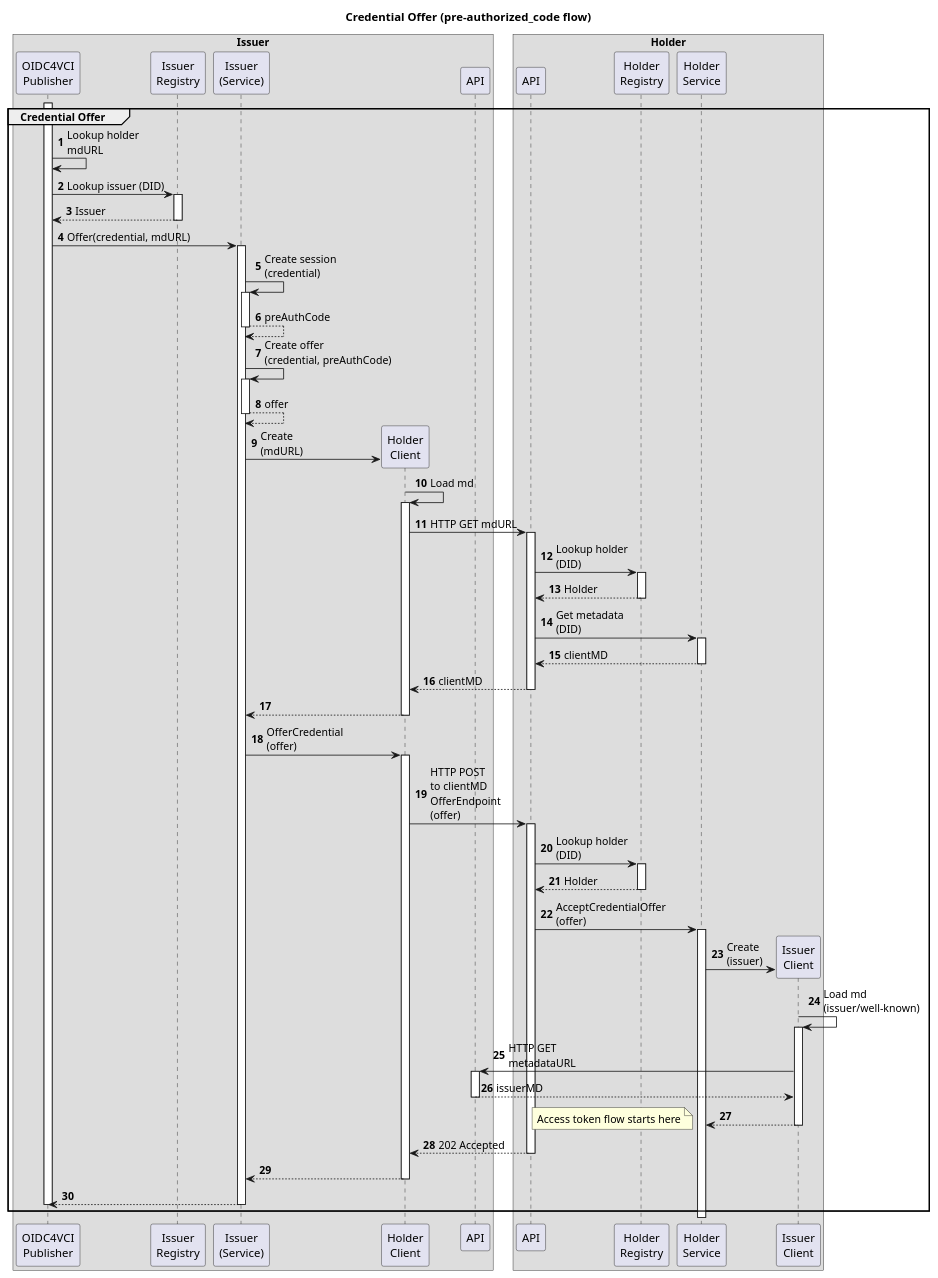
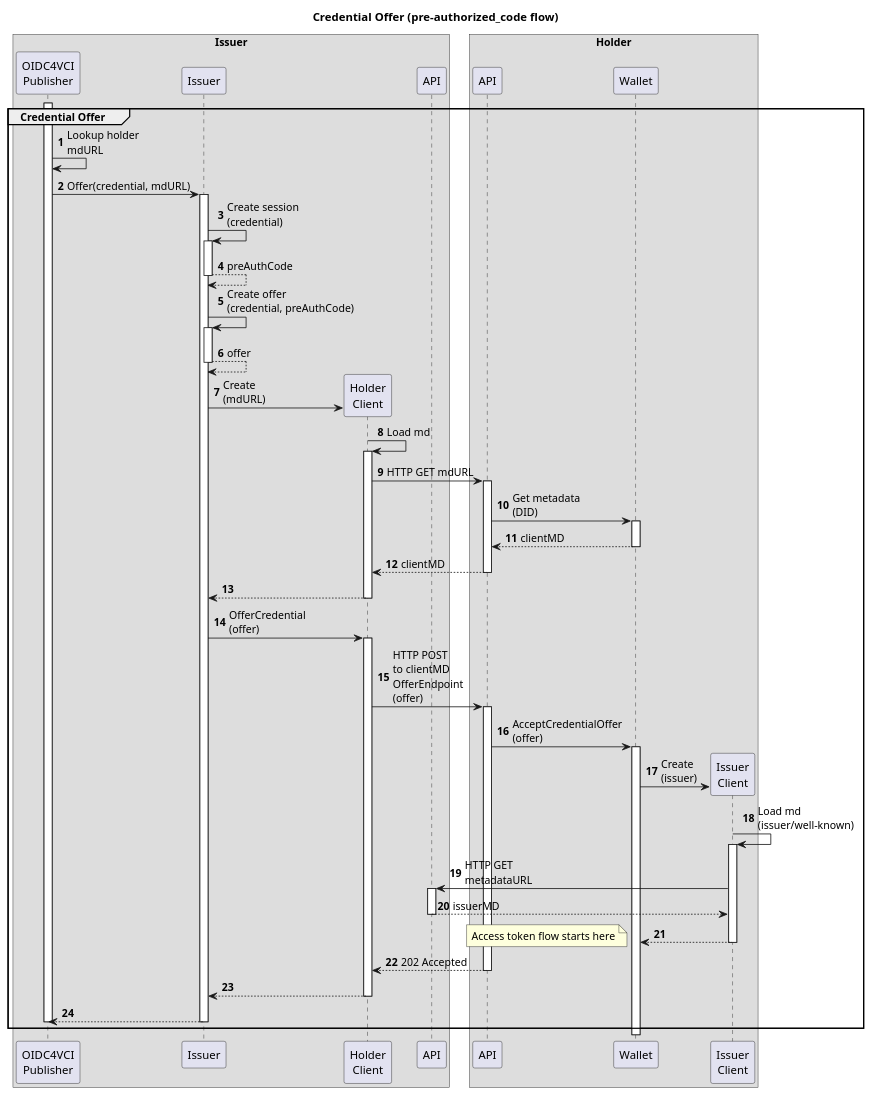
One commit to nuts-foundation/nuts-node changed the diagram in vcr/oidc4vci/docs/technical-design-sd.puml. Above: the diagram before and after it, drawn with PlantUML. The commit also changed 12 other files, not shown here.

Commit message:
remove Issuer and Holder Registries

```diff
--- a/vcr/oidc4vci/docs/technical-design-sd.puml
+++ b/vcr/oidc4vci/docs/technical-design-sd.puml
@@ -1,70 +1,62 @@
 @startuml
 'https://plantuml.com/sequence-diagram
 
 title Credential Offer (pre-authorized_code flow)
 
 autonumber
 
 box Issuer
     participant Publisher as "OIDC4VCI\nPublisher"
-    participant IssuerRegistry as "Issuer\nRegistry"
-    participant IssuerService as "Issuer\n(Service)"
+    participant Issuer
     participant HolderClient as "Holder\nClient"
     participant IssuerAPI as "API"
 end box
 
 box Holder
     participant HolderAPI as "API"
-    participant HolderRegistry as "Holder\nRegistry"
-    participant HolderService as "Holder\nService"
+    participant Wallet
     participant IssuerClient as "Issuer\nClient"
 end box
 
 group Credential Offer
     ' Issuer
     activate Publisher
     Publisher->Publisher : Lookup holder\nmdURL
-    Publisher->IssuerRegistry ++ : Lookup issuer (DID)
-    IssuerRegistry-->Publisher -- : Issuer
-    Publisher->IssuerService ++ : Offer(credential, mdURL)
-    IssuerService->IssuerService ++ : Create session\n(credential)
-    IssuerService-->IssuerService -- : preAuthCode
-    IssuerService->IssuerService ++ : Create offer\n(credential, preAuthCode)
-    IssuerService-->IssuerService -- : offer
-    IssuerService->HolderClient **: Create\n(mdURL)
+    Publisher->Issuer ++ : Offer(credential, mdURL)
+    Issuer->Issuer ++ : Create session\n(credential)
+    Issuer-->Issuer -- : preAuthCode
+    Issuer->Issuer ++ : Create offer\n(credential, preAuthCode)
+    Issuer-->Issuer -- : offer
+    Issuer->HolderClient **: Create\n(mdURL)
     HolderClient->HolderClient ++ : Load md
     HolderClient->HolderAPI ++: HTTP GET mdURL
 
     ' Holder
-    HolderAPI -> HolderRegistry ++ : Lookup holder\n(DID)
-    HolderRegistry --> HolderAPI -- : Holder
-    HolderAPI->HolderService ++ : Get metadata\n(DID)
-    HolderService-->HolderAPI -- : clientMD
+    HolderAPI->Wallet ++ : Get metadata\n(DID)
+    Wallet-->HolderAPI -- : clientMD
     HolderAPI-->HolderClient --: clientMD
 
     ' Issuer
-    HolderClient-->IssuerService --
-    IssuerService->HolderClient ++ : OfferCredential\n(offer)
+    HolderClient-->Issuer --
+    Issuer->HolderClient ++ : OfferCredential\n(offer)
     HolderClient->HolderAPI ++ : HTTP POST\nto clientMD\nOfferEndpoint\n(offer)
 
     ' Holder
-    HolderAPI -> HolderRegistry ++ : Lookup holder\n(DID)
-    HolderRegistry --> HolderAPI -- : Holder
-    HolderAPI -> HolderService ++ : AcceptCredentialOffer\n(offer)
-    HolderService -> IssuerClient ** : Create\n(issuer)
+    HolderAPI -> Wallet ++ : AcceptCredentialOffer\n(offer)
+    Wallet -> IssuerClient ** : Create\n(issuer)
     IssuerClient -> IssuerClient ++ : Load md\n(issuer/well-known)
     IssuerClient -> IssuerAPI ++ : HTTP GET\nmetadataURL
     IssuerAPI --> IssuerClient -- : issuerMD
-    IssuerClient --> HolderService --
+    IssuerClient --> Wallet --
     note left
         Access token flow starts here
     end note
     HolderAPI --> HolderClient -- : 202 Accepted
 
     ' Issuer
-    HolderClient-->IssuerService --
-    IssuerService-->Publisher
+    HolderClient-->Issuer --
+    Issuer-->Publisher
     deactivate Publisher
-    deactivate IssuerService
+    deactivate Issuer
 end
 @enduml
```
